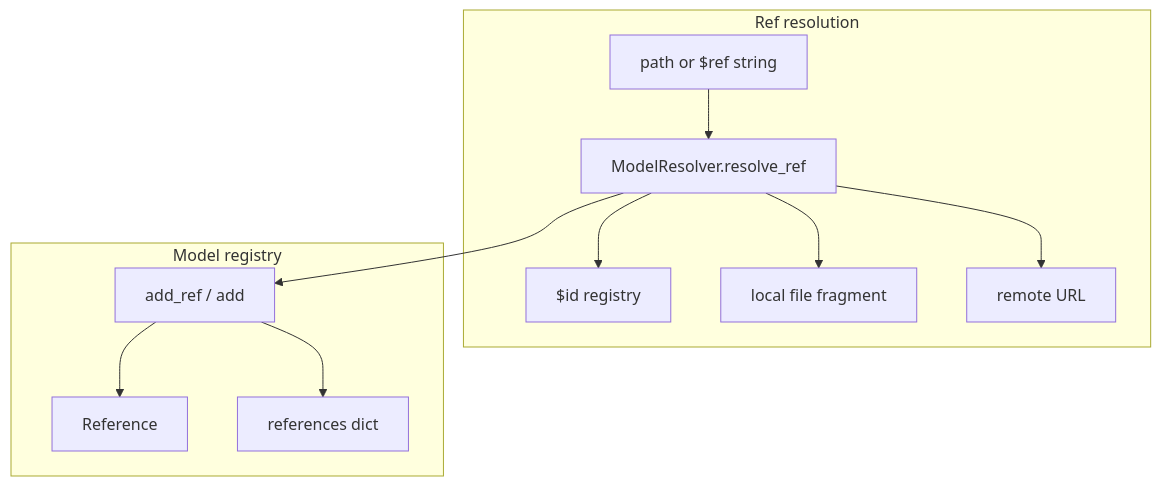
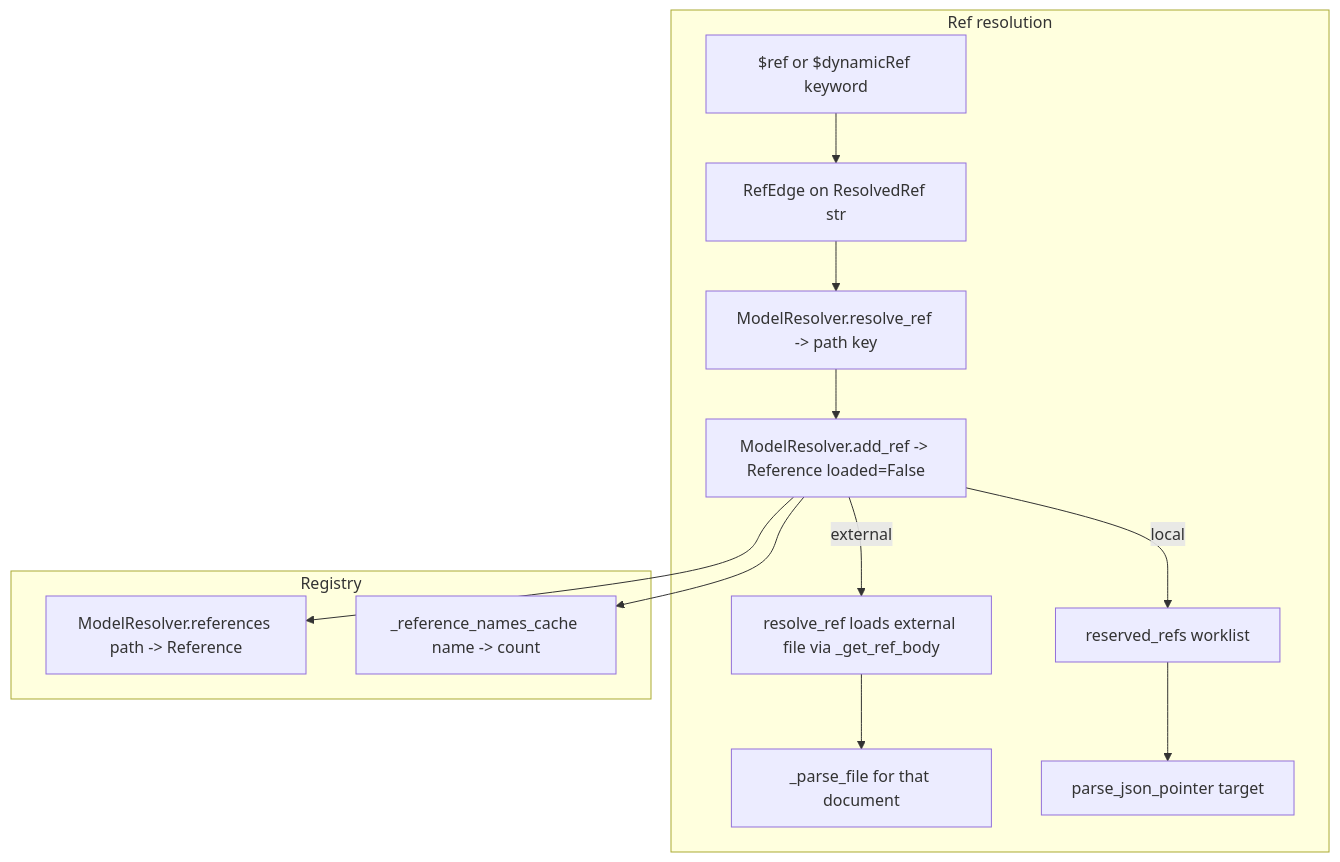
The second of 2 diagrams in research/reports/python/koxudaxi-datamodel-code-generator.md (goddtriffin/json-schema-rs), drawn with Mermaid before and after one commit. The commit also changed other lines of this file and 51 other files, not shown here.

````diff
--- a/research/reports/python/koxudaxi-datamodel-code-generator.md
+++ b/research/reports/python/koxudaxi-datamodel-code-generator.md
@@ -133,22 +153,22 @@
 ```mermaid
 flowchart TB
-  subgraph ref [Ref resolution]
-    Path[path or $ref string]
-    Resolve[ModelResolver.resolve_ref]
-    Ids["$id registry"]
-    Local[local file fragment]
-    Remote[remote URL]
-    Path --> Resolve
-    Resolve --> Ids
-    Resolve --> Local
-    Resolve --> Remote
+  subgraph resolve [Ref resolution]
+    Kw["$ref or $dynamicRef keyword"]
+    Edge["RefEdge on ResolvedRef str"]
+    Key["ModelResolver.resolve_ref -> path key"]
+    Add["ModelResolver.add_ref -> Reference loaded=False"]
+    Reserve["reserved_refs worklist"]
+    Load["resolve_ref loads external file via _get_ref_body"]
+    Kw --> Edge --> Key --> Add
+    Add -->|local| Reserve
+    Add -->|external| Load
+    Load --> Parse["_parse_file for that document"]
+    Reserve --> Parse2["parse_json_pointer target"]
   end
-  subgraph models [Model registry]
-    AddRef[add_ref / add]
-    RefObj[Reference]
-    Refs["references dict"]
-    AddRef --> RefObj
-    AddRef --> Refs
+  subgraph reg [Registry]
+    Refs["ModelResolver.references path -> Reference"]
+    Names["_reference_names_cache name -> count"]
+    Add --> Refs
+    Add --> Names
   end
-  Resolve --> AddRef
 ```
````
